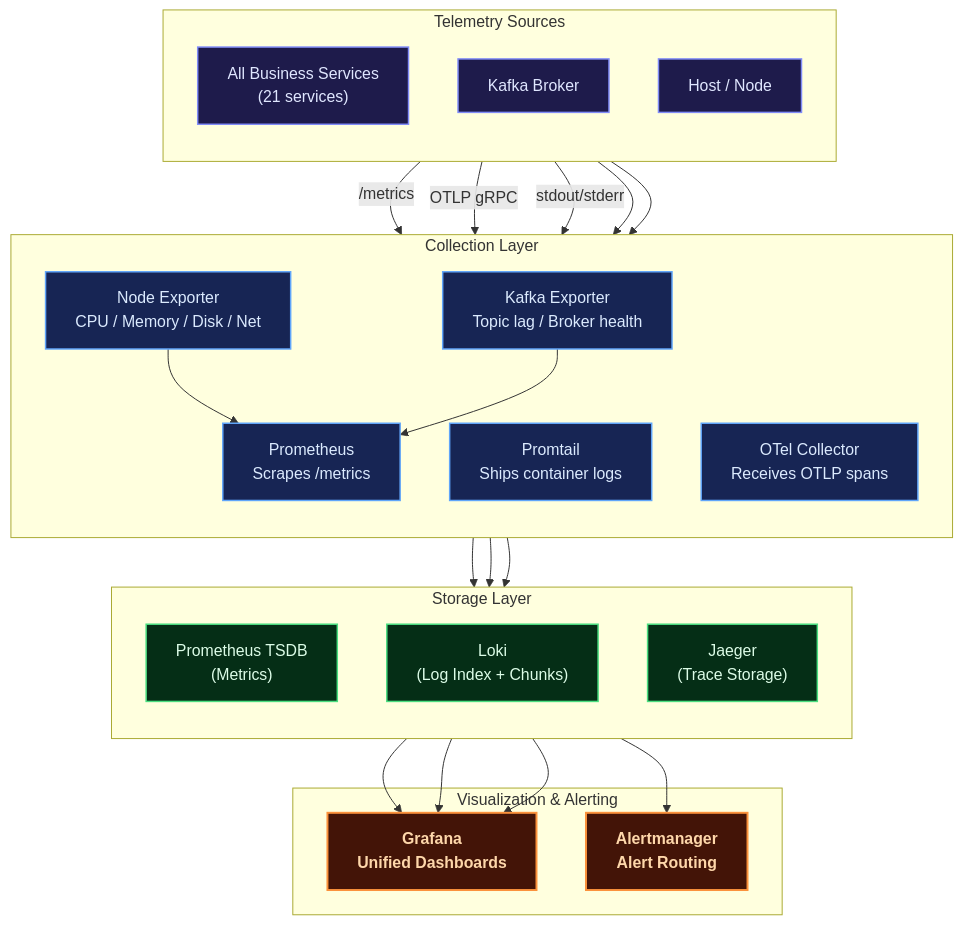
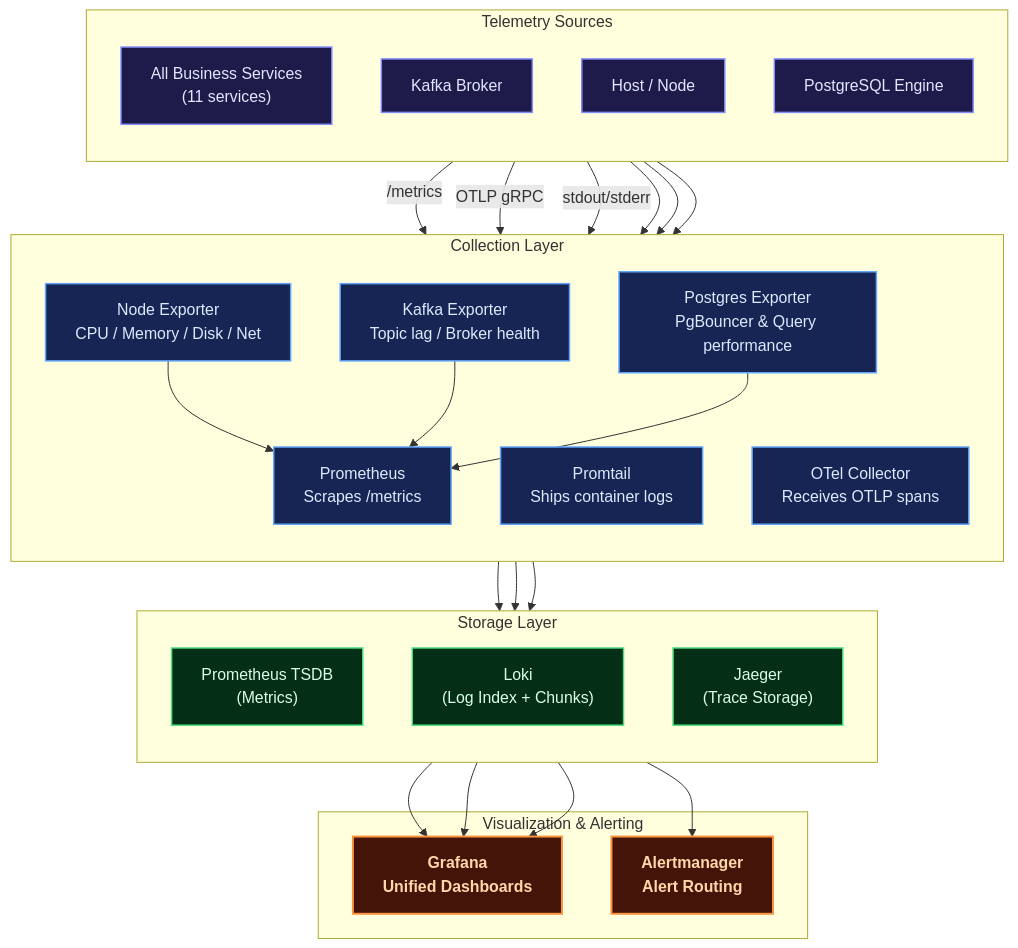
One commit to renaldyhidayatt/renaldyhidayatt.github.io changed the sixth of 8 diagrams in src/content/portfolio/microservice-ecommerce.mdx. Above: the diagram before and after it, drawn with Mermaid. The commit also changed other lines of this file and 19 other files, not shown here.

Commit message:
refactor: overhaul project documentation with detailed architectural summaries and expanded domain-driven service specifications

````diff
--- a/src/content/portfolio/microservice-ecommerce.mdx
+++ b/src/content/portfolio/microservice-ecommerce.mdx
@@ -348,52 +358,56 @@
 ```mermaid
 graph TB
     classDef service fill:#1e1b4b,stroke:#818cf8,color:#e0e7ff,stroke-width:1.5px
     classDef collector fill:#172554,stroke:#60a5fa,color:#dbeafe,stroke-width:1.5px
     classDef storage fill:#052e16,stroke:#4ade80,color:#dcfce7,stroke-width:1.5px
     classDef viz fill:#431407,stroke:#fb923c,color:#fed7aa,stroke-width:2px,font-weight:bold
 
     subgraph Sources["Telemetry Sources"]
         direction TB
-        SVCS["All Business Services<br/>(21 services)"]:::service
+        SVCS["All Business Services<br/>(11 services)"]:::service
         KAFKA_SRC["Kafka Broker"]:::service
         NODES["Host / Node"]:::service
+        DB_SRC["PostgreSQL Engine"]:::service
     end
 
     subgraph Collectors["Collection Layer"]
         direction TB
         PROM["Prometheus<br/>Scrapes /metrics"]:::collector
         PROMTAIL["Promtail<br/>Ships container logs"]:::collector
         OTEL["OTel Collector<br/>Receives OTLP spans"]:::collector
         NODEX["Node Exporter<br/>CPU / Memory / Disk / Net"]:::collector
         KAFKAX["Kafka Exporter<br/>Topic lag / Broker health"]:::collector
+        PGX["Postgres Exporter<br/>PgBouncer & Query performance"]:::collector
     end
 
     subgraph Storage["Storage Layer"]
         direction TB
         PROM_TSDB["Prometheus TSDB<br/>(Metrics)"]:::storage
         LOKI_STORE["Loki<br/>(Log Index + Chunks)"]:::storage
         JAEGER_STORE["Jaeger<br/>(Trace Storage)"]:::storage
     end
 
     subgraph Visualization["Visualization & Alerting"]
         GRAFANA["Grafana<br/>Unified Dashboards"]:::viz
         ALERTMGR["Alertmanager<br/>Alert Routing"]:::viz
     end
 
     SVCS -->|"/metrics"| PROM
     SVCS -->|"OTLP gRPC"| OTEL
     SVCS -->|"stdout/stderr"| PROMTAIL
     NODES --> NODEX
     KAFKA_SRC --> KAFKAX
+    DB_SRC --> PGX
 
     NODEX --> PROM
     KAFKAX --> PROM
+    PGX --> PROM
     PROM --> PROM_TSDB
     PROMTAIL --> LOKI_STORE
     OTEL --> JAEGER_STORE
 
     PROM_TSDB --> GRAFANA
     LOKI_STORE --> GRAFANA
     JAEGER_STORE --> GRAFANA
     PROM_TSDB --> ALERTMGR
 ```
````
